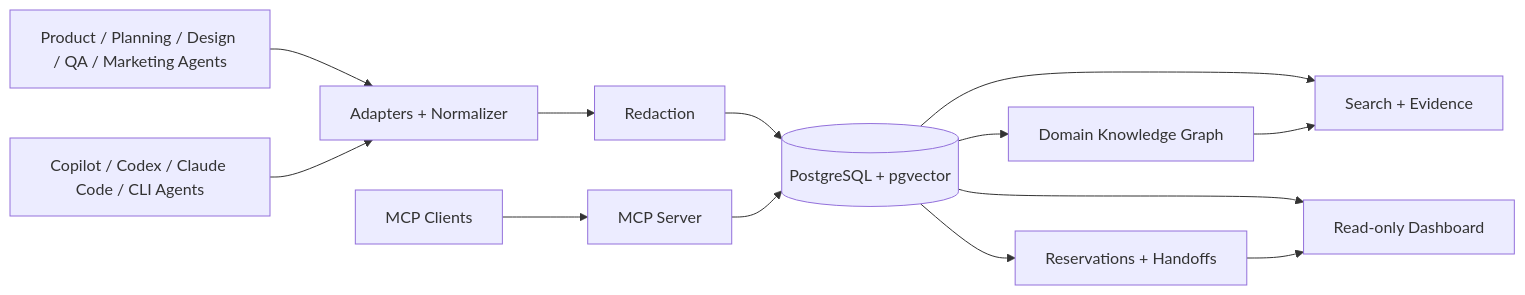
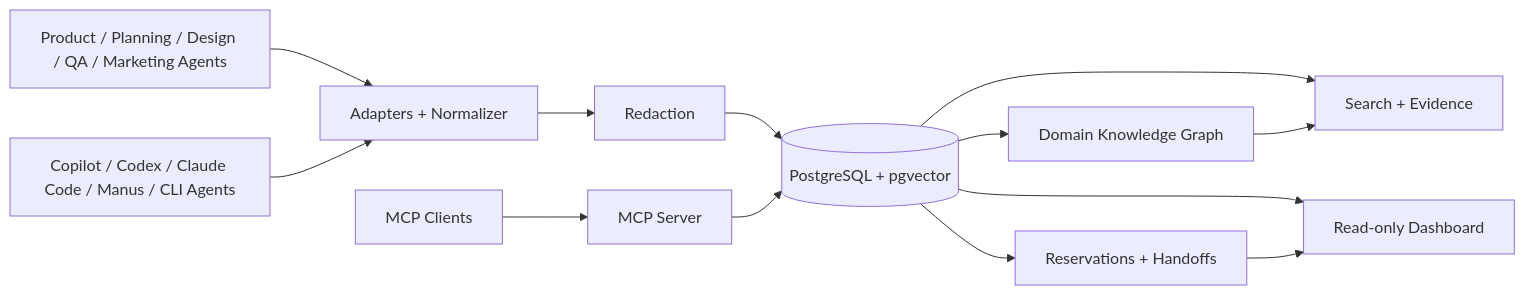
The diagram in README.md (geondongkim/geond-agent-protocol), drawn with Mermaid before and after one commit. The commit also changed other lines of this file and 5 other files, not shown here.

````diff
--- a/README.md
+++ b/README.md
@@ -59,15 +59,15 @@
 ```mermaid
 flowchart LR
     A[Product / Planning / Design / QA / Marketing Agents] --> N[Adapters + Normalizer]
-    B[Copilot / Codex / Claude Code / CLI Agents] --> N
+    B[Copilot / Codex / Claude Code / Manus / CLI Agents] --> N
     C[MCP Clients] --> M[MCP Server]
     N --> R[Redaction]
     R --> P[(PostgreSQL + pgvector)]
     M --> P
     P --> G[Domain Knowledge Graph]
     P --> Q[Search + Evidence]
     P --> C1[Reservations + Handoffs]
     P --> D[Read-only Dashboard]
     G --> Q
     C1 --> D
 ```
````
